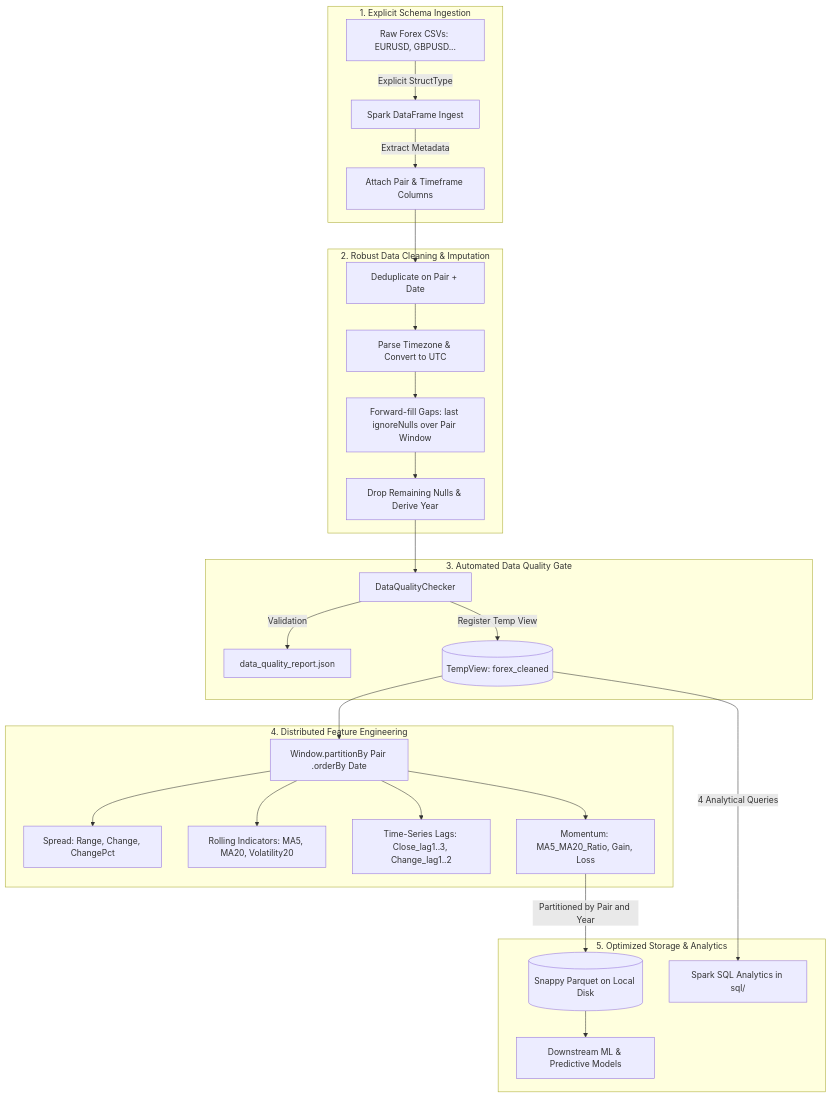
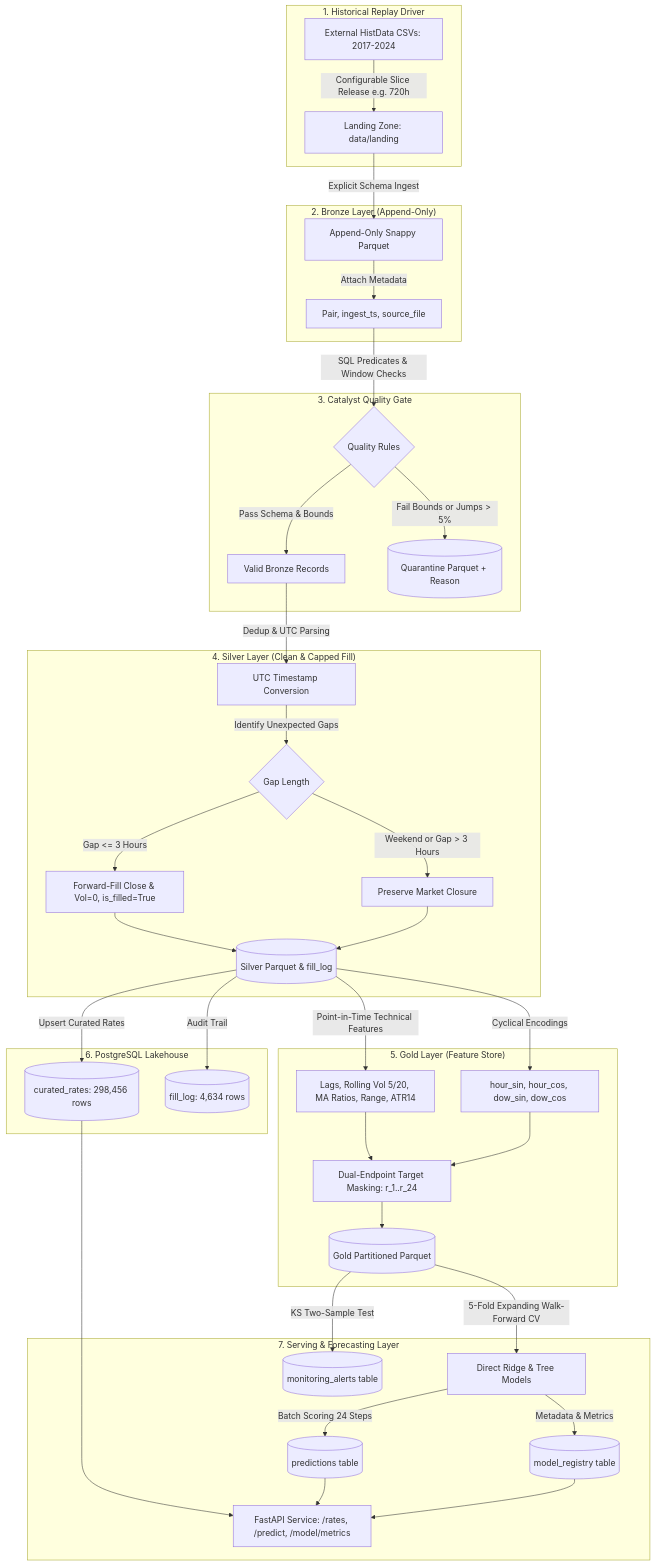
The diagram in README.md (Kishore-1803/FX-Data-Platform), drawn with Mermaid before and after one commit. The commit also changed other lines of this file and 30 other files, not shown here.

````diff
--- a/README.md
+++ b/README.md
@@ -15,34 +18,47 @@
 ```mermaid
 flowchart TD
-    subgraph Ingestion ["1. Explicit Schema Ingestion"]
-        A[Raw Forex CSVs: EURUSD, GBPUSD...] -->|Explicit StructType| B[Spark DataFrame Ingest]
-        B -->|Extract Metadata| C[Attach Pair & Timeframe Columns]
+    subgraph Replay ["1. Historical Replay Driver"]
+        A[External HistData CSVs: 2017-2024] -->|Configurable Slice Release e.g. 720h| B[Landing Zone: data/landing]
     end
 
-    subgraph Cleaning ["2. Robust Data Cleaning & Imputation"]
-        C --> D[Deduplicate on Pair + Date]
-        D --> E[Parse Timezone & Convert to UTC]
-        E --> F[Forward-fill Gaps: last ignoreNulls over Pair Window]
-        F --> G[Drop Remaining Nulls & Derive Year]
+    subgraph Bronze ["2. Bronze Layer (Append-Only)"]
+        B -->|Explicit Schema Ingest| C[Append-Only Snappy Parquet]
+        C -->|Attach Metadata| D[Pair, ingest_ts, source_file]
     end
 
-    subgraph Quality ["3. Automated Data Quality Gate"]
-        G --> H[DataQualityChecker]
-        H -->|Validation| I[data_quality_report.json]
-        H -->|Register Temp View| J[(TempView: forex_cleaned)]
+    subgraph Gate ["3. Catalyst Quality Gate"]
+        D -->|SQL Predicates & Window Checks| E{Quality Rules}
+        E -->|Pass Schema & Bounds| F[Valid Bronze Records]
+        E -->|Fail Bounds or Jumps > 5%| G[(Quarantine Parquet + Reason)]
     end
 
-    subgraph Features ["4. Distributed Feature Engineering"]
-        J --> K[Window.partitionBy Pair .orderBy Date]
-        K --> L[Spread: Range, Change, ChangePct]
-        K --> M[Rolling Indicators: MA5, MA20, Volatility20]
-        K --> N[Time-Series Lags: Close_lag1..3, Change_lag1..2]
-        K --> O[Momentum: MA5_MA20_Ratio, Gain, Loss]
+    subgraph Silver ["4. Silver Layer (Clean & Capped Fill)"]
+        F -->|Dedup & UTC Parsing| H[UTC Timestamp Conversion]
+        H -->|Identify Unexpected Gaps| I{Gap Length}
+        I -->|Gap <= 3 Hours| J[Forward-Fill Close & Vol=0, is_filled=True]
+        I -->|Weekend or Gap > 3 Hours| K[Preserve Market Closure]
+        J --> L[(Silver Parquet & fill_log)]
+        K --> L
     end
 
-    subgraph Output ["5. Optimized Storage & Analytics"]
-        O -->|Partitioned by Pair and Year| P[(Snappy Parquet on Local Disk)]
-        J -->|4 Analytical Queries| Q[Spark SQL Analytics in sql/]
-        P --> R[Downstream ML & Predictive Models]
+    subgraph Gold ["5. Gold Layer (Feature Store)"]
+        L -->|Point-in-Time Technical Features| M[Lags, Rolling Vol 5/20, MA Ratios, Range, ATR14]
+        L -->|Cyclical Encodings| N[hour_sin, hour_cos, dow_sin, dow_cos]
+        M --> O[Dual-Endpoint Target Masking: r_1..r_24]
+        N --> O
+        O --> P[(Gold Partitioned Parquet)]
+    end
+
+    subgraph Storage ["6. PostgreSQL Lakehouse"]
+        L -->|Upsert Curated Rates| Q[(curated_rates: 298,456 rows)]
+        L -->|Audit Trail| R[(fill_log: 4,634 rows)]
+    end
+
+    subgraph Serving ["7. Serving & Forecasting Layer"]
+        P -->|5-Fold Expanding Walk-Forward CV| S[Direct Ridge & Tree Models]
+        S -->|Batch Scoring 24 Steps| T[(predictions table)]
+        S -->|Metadata & Metrics| U[(model_registry table)]
+        P -->|KS Two-Sample Test| V[(monitoring_alerts table)]
+        Q & T & U --> W[FastAPI Service: /rates, /predict, /model/metrics]
     end
 ```
````
